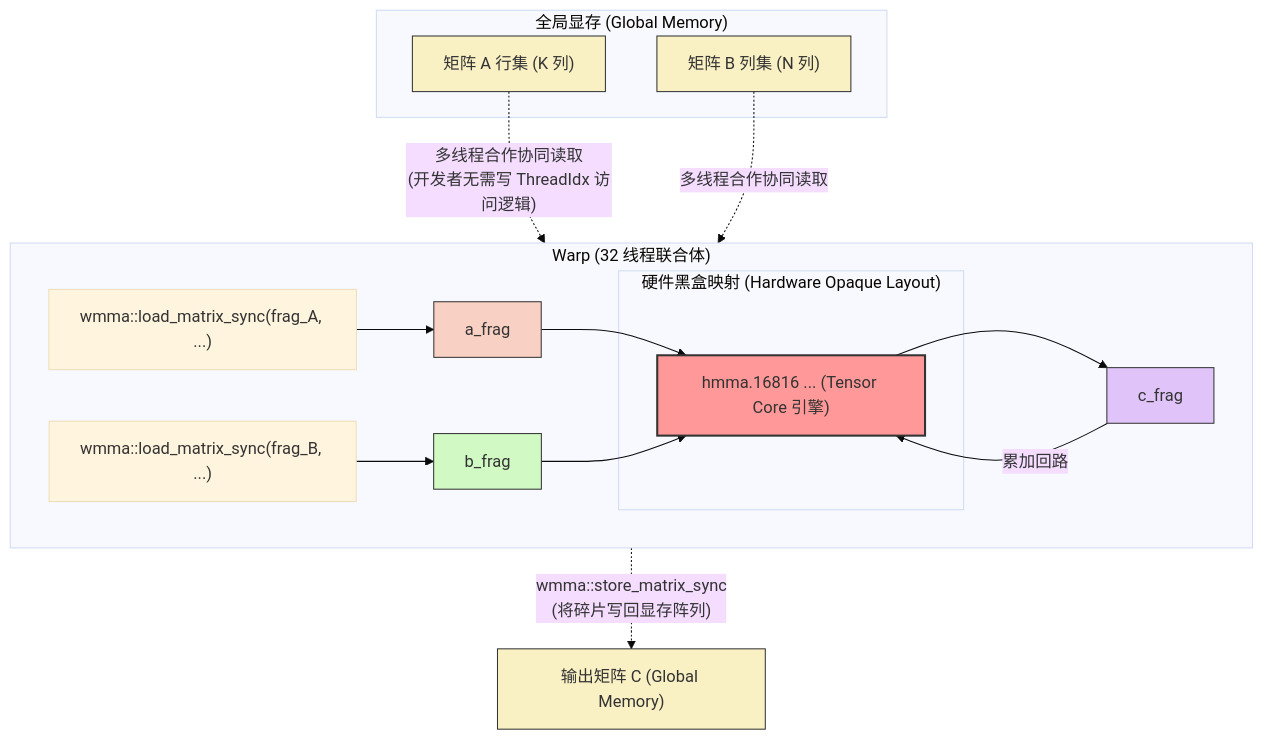
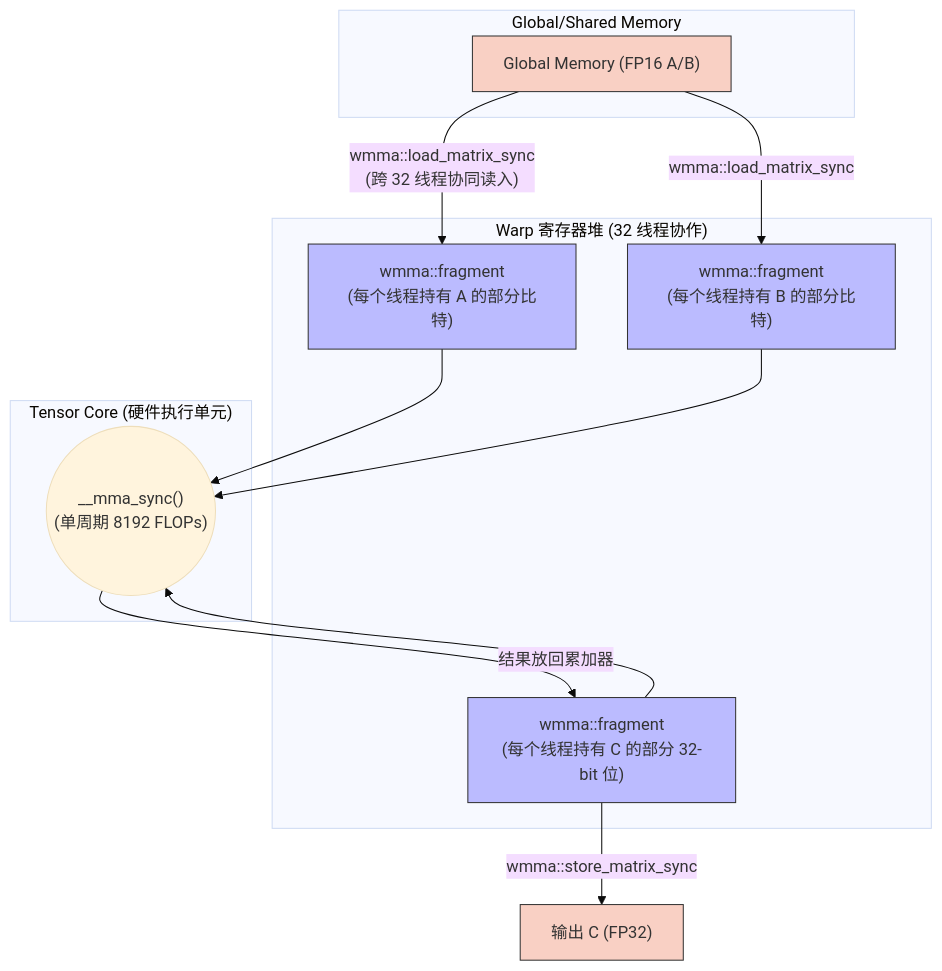
One commit to psmarter/CUDA-Practice changed the first of 2 diagrams in 09_Tensor_Core/README.md. Above: the diagram before and after it, drawn with Mermaid (base theme). The commit also changed other lines of this file and 14 other files, not shown here.

````diff
--- a/09_Tensor_Core/README.md
+++ b/09_Tensor_Core/README.md
@@ -38,39 +43,26 @@
 ```mermaid
 graph TD
-    classDef globalMem fill:#f9f0c4,stroke:#333
-    classDef warpCtx fill:#c4e0f9,stroke:#333
-    classDef fragA fill:#f9d0c4,stroke:#333
-    classDef fragB fill:#d0f9c4,stroke:#333
-    classDef fragC fill:#e0c4f9,stroke:#333
-    classDef tensorCore fill:#ff9999,stroke:#333,stroke-width:2px;
+    classDef hbm fill:#f9d0c4,stroke:#333;
+    classDef sram fill:#fcf1c8,stroke:#333;
+    classDef reg fill:#bbf,stroke:#333;
 
-    %% Global Memory 区域
-    subgraph "全局显存 (Global Memory)"
-        A_mem["矩阵 A 行集 (K 列)"]:::globalMem
-        B_mem["矩阵 B 列集 (N 列)"]:::globalMem
+    subgraph "Global/Shared Memory"
+        GM["Global Memory (FP16 A/B)"]:::hbm
     end
 
-    %% Warp 级执行上下文
-    subgraph "Warp (32 线程联合体)"
-        direction LR
-        
-        loadA["wmma::load_matrix_sync(frag_A, ...)"] --> fragA["a_frag<matrix_a, FP16>"]:::fragA
-        loadB["wmma::load_matrix_sync(frag_B, ...)"] --> fragB["b_frag<matrix_b, FP16>"]:::fragB
-        
-        fragA --> mma
-        fragB --> mma
-        
-        subgraph "硬件黑盒映射 (Hardware Opaque Layout)"
-        mma["hmma.16816 ... (Tensor Core 引擎)"]:::tensorCore
-        end
-        
-        mma --> fragC["c_frag<accumulator, FP32 / FP16>"]:::fragC
-        fragC --> |累加回路| mma
+    subgraph "Warp 寄存器堆 (32 线程协作)"
+        FragA["wmma::fragment<matrix_a, 16,16,16, half, ...>\n(每个线程持有 A 的部分比特)"]:::reg
+        FragB["wmma::fragment<matrix_b, 16,16,16, half, ...>\n(每个线程持有 B 的部分比特)"]:::reg
+        FragC["wmma::fragment<accumulator, 16,16,16, float>\n(每个线程持有 C 的部分 32-bit 位)"]:::reg
     end
-    
-    A_mem -. "多线程合作协同读取\n(开发者无需写 ThreadIdx 访问逻辑)" .-> loadA
-    B_mem -. "多线程合作协同读取" .-> loadB
-    
-    C_mem["输出矩阵 C (Global Memory)"]:::globalMem
-    fragC -. "wmma::store_matrix_sync\n(将碎片写回显存阵列)" .-> C_mem
+
+    subgraph "Tensor Core (硬件执行单元)"
+        TC(("__mma_sync()\n(单周期 8192 FLOPs)"))
+    end
+
+    GM --> |"wmma::load_matrix_sync\n(跨 32 线程协同读入)"| FragA
+    GM --> |"wmma::load_matrix_sync"| FragB
+    FragA & FragB & FragC --> TC
+    TC --> |"结果放回累加器"| FragC
+    FragC --> |"wmma::store_matrix_sync"| OUT["输出 C (FP32)"]:::hbm
 ```
````
